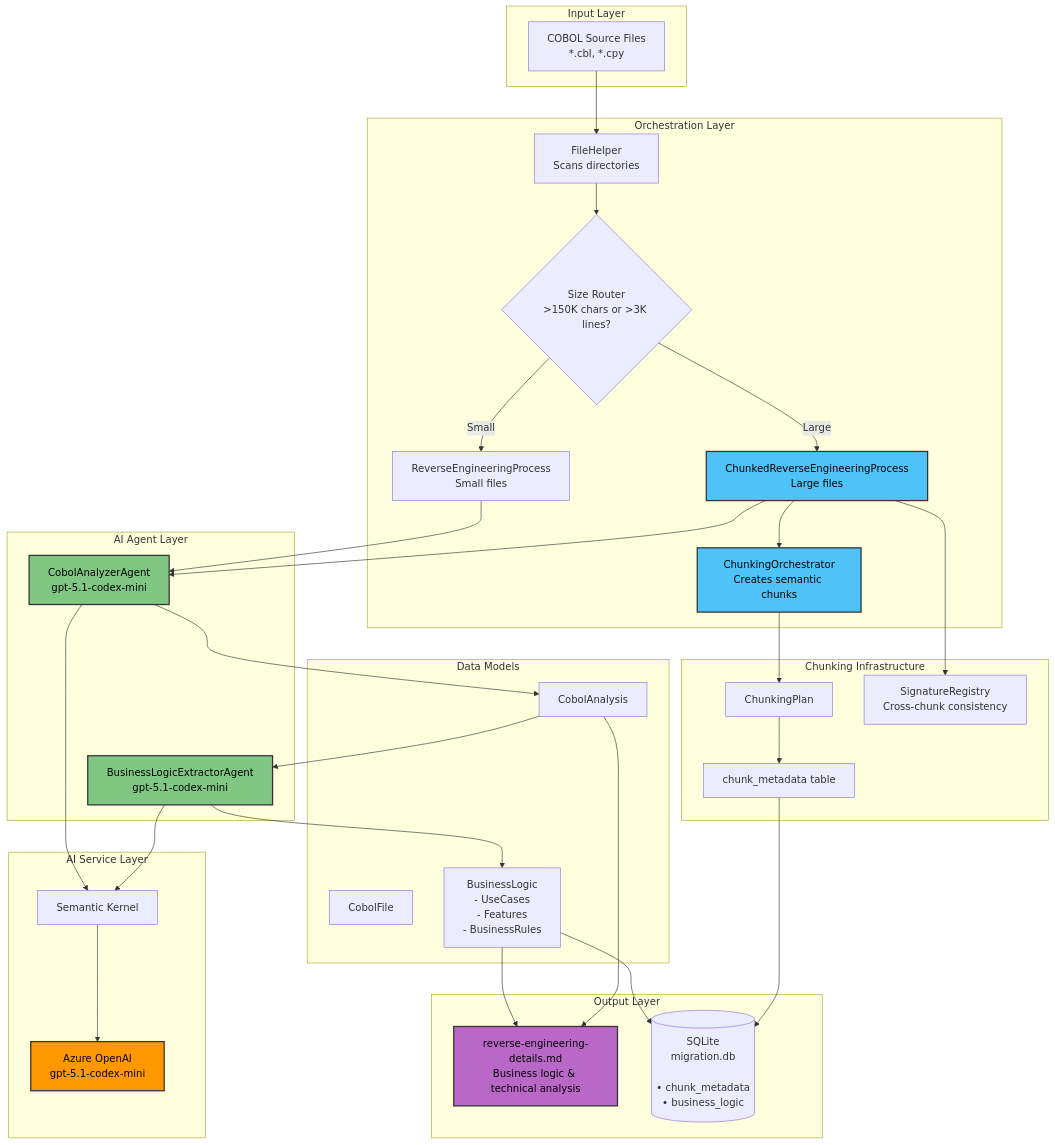
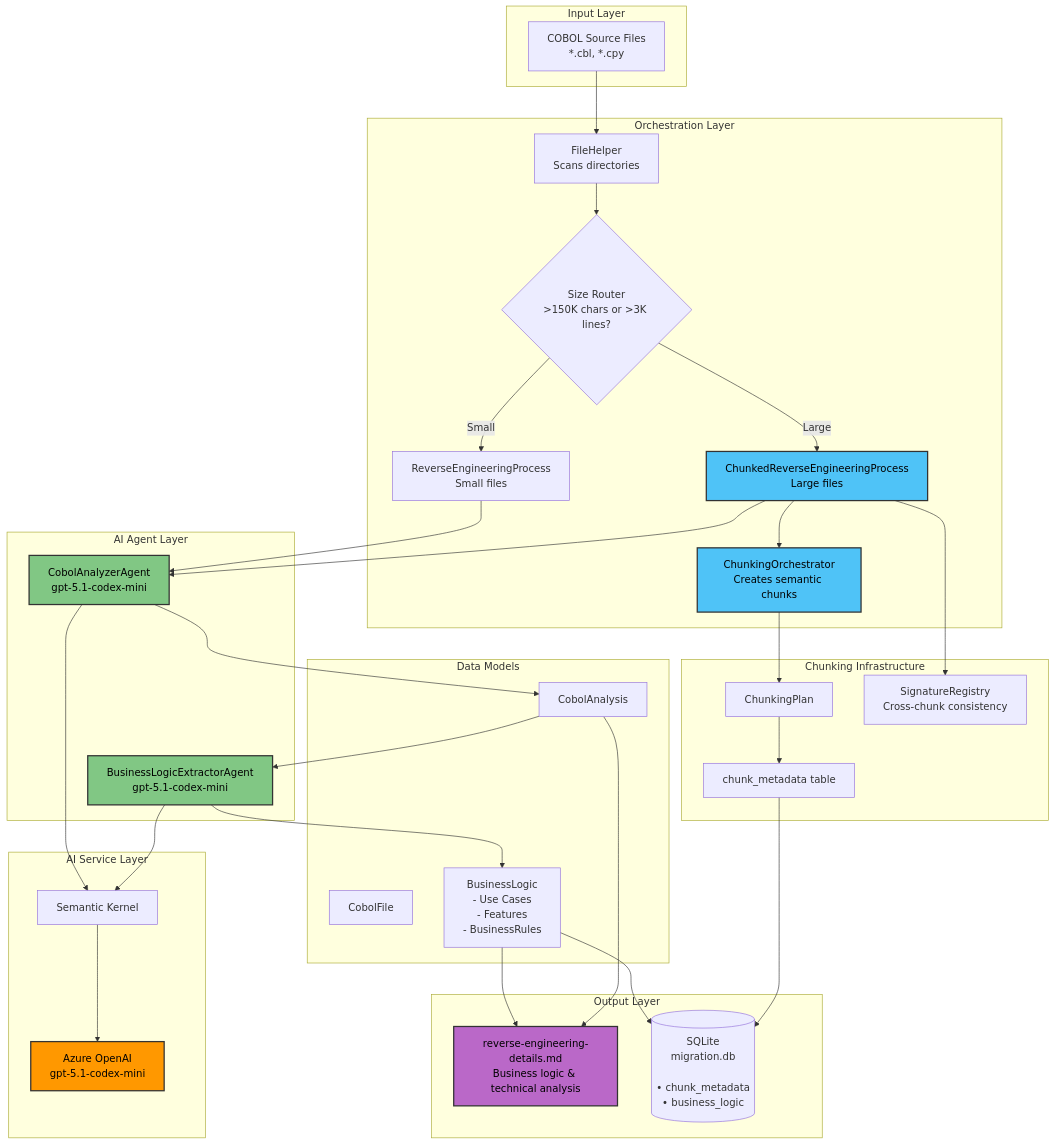
The second of 7 diagrams in docs/REVERSE_ENGINEERING_ARCHITECTURE.md (Azure-Samples/Legacy-Modernization-Agents), drawn with Mermaid before and after one commit.

Commit message:
Fix formatting of BusinessLogicModel in documentation

````diff
--- a/docs/REVERSE_ENGINEERING_ARCHITECTURE.md
+++ b/docs/REVERSE_ENGINEERING_ARCHITECTURE.md
@@ -62,74 +62,74 @@
 ```mermaid
 graph TB
     subgraph "Input Layer"
         COBOL[COBOL Source Files<br/>*.cbl, *.cpy]
     end
     
     subgraph "Orchestration Layer"
         FileHelper[FileHelper<br/>Scans directories]
         SizeRouter{Size Router<br/>>150K chars or >3K lines?}
         REProcess[ReverseEngineeringProcess<br/>Small files]
         ChunkedRE[ChunkedReverseEngineeringProcess<br/>Large files]
         ChunkOrch[ChunkingOrchestrator<br/>Creates semantic chunks]
     end
     
     subgraph "AI Agent Layer"
         CobolAnalyzer[CobolAnalyzerAgent<br/>gpt-5.1-codex-mini]
         BusinessLogic[BusinessLogicExtractorAgent<br/>gpt-5.1-codex-mini]
     end
     
     subgraph "AI Service Layer"
         SK[Semantic Kernel]
         Azure[Azure OpenAI<br/>gpt-5.1-codex-mini]
     end
     
     subgraph "Data Models"
         CobolFile[CobolFile]
         CobolAnalysis[CobolAnalysis]
-        BusinessLogicModel[BusinessLogic<br/>- UseCases<br/>- Features<br/>- BusinessRules]
+        BusinessLogicModel[BusinessLogic<br/>- Use Cases<br/>- Features<br/>- BusinessRules]
     end
     
     subgraph "Chunking Infrastructure"
         ChunkPlan[ChunkingPlan]
         ChunkMeta[chunk_metadata table]
         SigRegistry[SignatureRegistry<br/>Cross-chunk consistency]
     end
     
     subgraph "Output Layer"
         DetailsMD[reverse-engineering-details.md<br/>Business logic & technical analysis]
         DB[(SQLite<br/>migration.db<br/><br/>• chunk_metadata<br/>• business_logic)]
     end
     
     COBOL --> FileHelper
     FileHelper --> SizeRouter
     SizeRouter -->|Small| REProcess
     SizeRouter -->|Large| ChunkedRE
     ChunkedRE --> ChunkOrch
     ChunkOrch --> ChunkPlan
     ChunkPlan --> ChunkMeta
     
     REProcess --> CobolAnalyzer
     ChunkedRE --> CobolAnalyzer
     ChunkedRE --> SigRegistry
     
     CobolAnalyzer --> SK
     BusinessLogic --> SK
     SK --> Azure
     
     CobolAnalyzer --> CobolAnalysis
     BusinessLogic --> BusinessLogicModel
     
     CobolAnalysis --> BusinessLogic
     
     BusinessLogicModel --> DetailsMD
     BusinessLogicModel --> DB
     CobolAnalysis --> DetailsMD
     ChunkMeta --> DB
     
     style ChunkedRE fill:#4fc3f7,stroke:#333,stroke-width:2px,color:#000
     style ChunkOrch fill:#4fc3f7,stroke:#333,stroke-width:2px,color:#000
     style CobolAnalyzer fill:#81c784,stroke:#333,stroke-width:2px,color:#000
     style BusinessLogic fill:#81c784,stroke:#333,stroke-width:2px,color:#000
     style Azure fill:#ff9800,stroke:#333,stroke-width:2px,color:#000
     style DetailsMD fill:#ba68c8,stroke:#333,stroke-width:2px,color:#000
 ```
````
